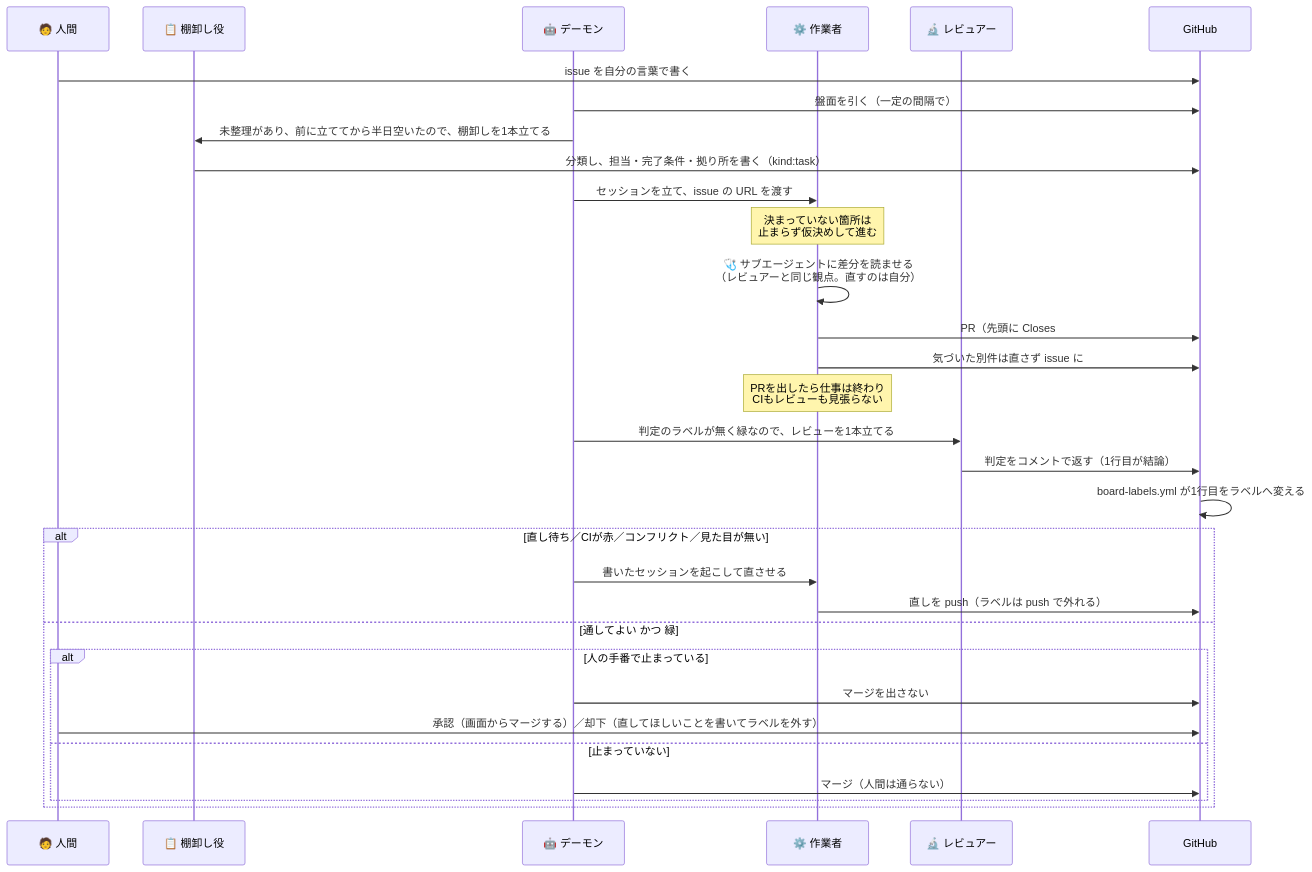
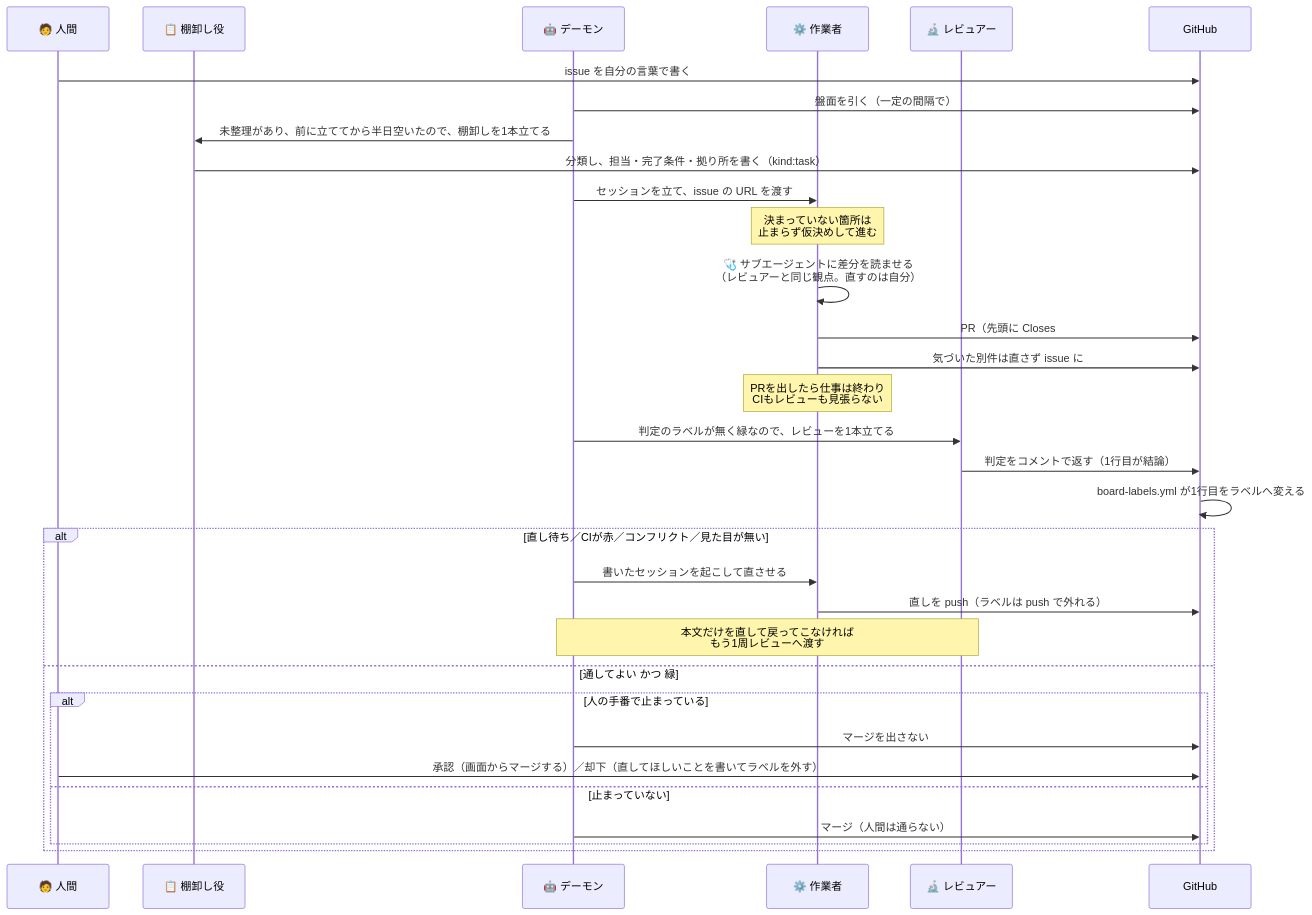
One commit to gooyyu1/UnmappedIsland changed the third of 5 diagrams in docs/ParallelAgents.md. Above: the diagram before and after it, drawn with Mermaid. The commit also changed other lines of this file and 6 other files, not shown here.

````diff
--- a/docs/ParallelAgents.md
+++ b/docs/ParallelAgents.md
@@ -243,35 +243,36 @@
 ```mermaid
 sequenceDiagram
     participant H as 🧑 人間
     participant T as 📋 棚卸し役
     participant D as 🤖 デーモン
     participant W as ⚙️ 作業者
     participant R as 🔬 レビュアー
     participant G as GitHub
 
     H->>G: issue を自分の言葉で書く
     D->>G: 盤面を引く（一定の間隔で）
     D->>T: 未整理があり、前に立ててから半日空いたので、棚卸しを1本立てる
     T->>G: 分類し、担当・完了条件・拠り所を書く（kind:task）
     D->>W: セッションを立て、issue の URL を渡す
     Note over W: 決まっていない箇所は<br/>止まらず仮決めして進む
     W->>W: 🩺 サブエージェントに差分を読ませる<br/>（レビュアーと同じ観点。直すのは自分）
     W->>G: PR（先頭に Closes #N と ## 仮決め）
     W->>G: 気づいた別件は直さず issue に
     Note over W: PRを出したら仕事は終わり<br/>CIもレビューも見張らない
     D->>R: 判定のラベルが無く緑なので、レビューを1本立てる
     R->>G: 判定をコメントで返す（1行目が結論）
     G->>G: board-labels.yml が1行目をラベルへ変える
 
     alt 直し待ち／CIが赤／コンフリクト／見た目が無い
         D->>W: 書いたセッションを起こして直させる
         W->>G: 直しを push（ラベルは push で外れる）
+        Note over D,R: 本文だけを直して戻ってこなければ<br/>もう1周レビューへ渡す
     else 通してよい かつ 緑
         alt 人の手番で止まっている
             D->>G: マージを出さない
             H->>G: 承認（画面からマージする）／却下（直してほしいことを書いてラベルを外す）
         else 止まっていない
             D->>G: マージ（人間は通らない）
         end
     end
 ```
````
